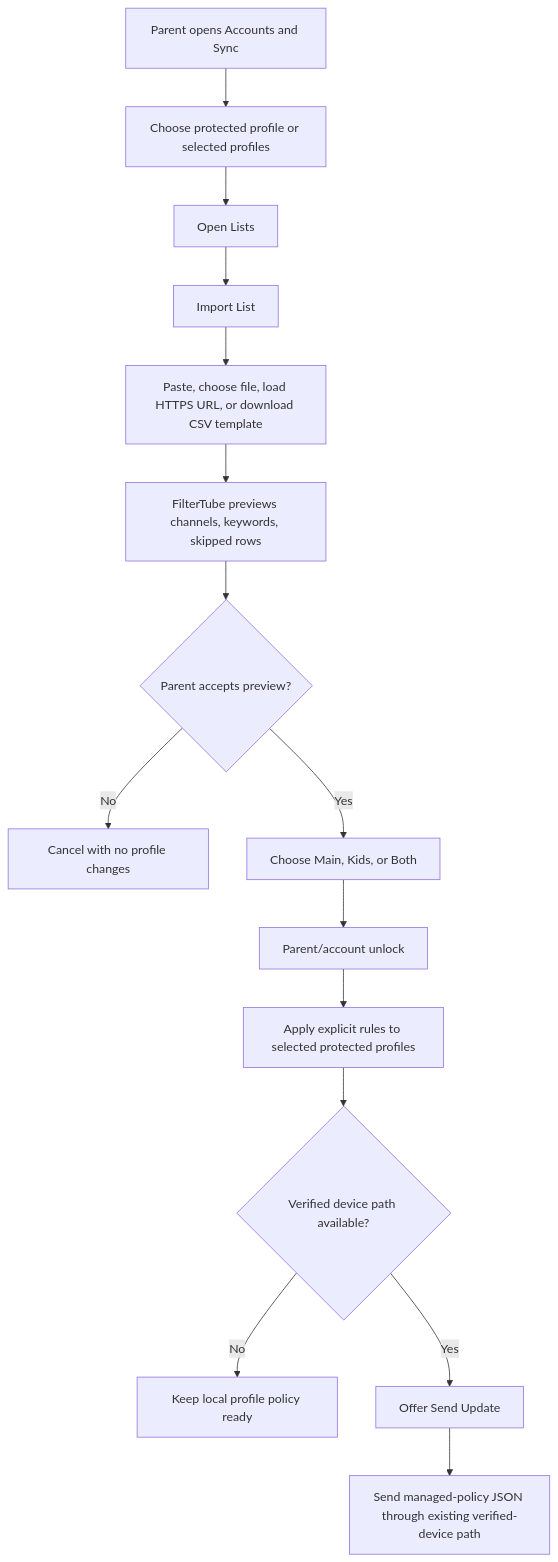
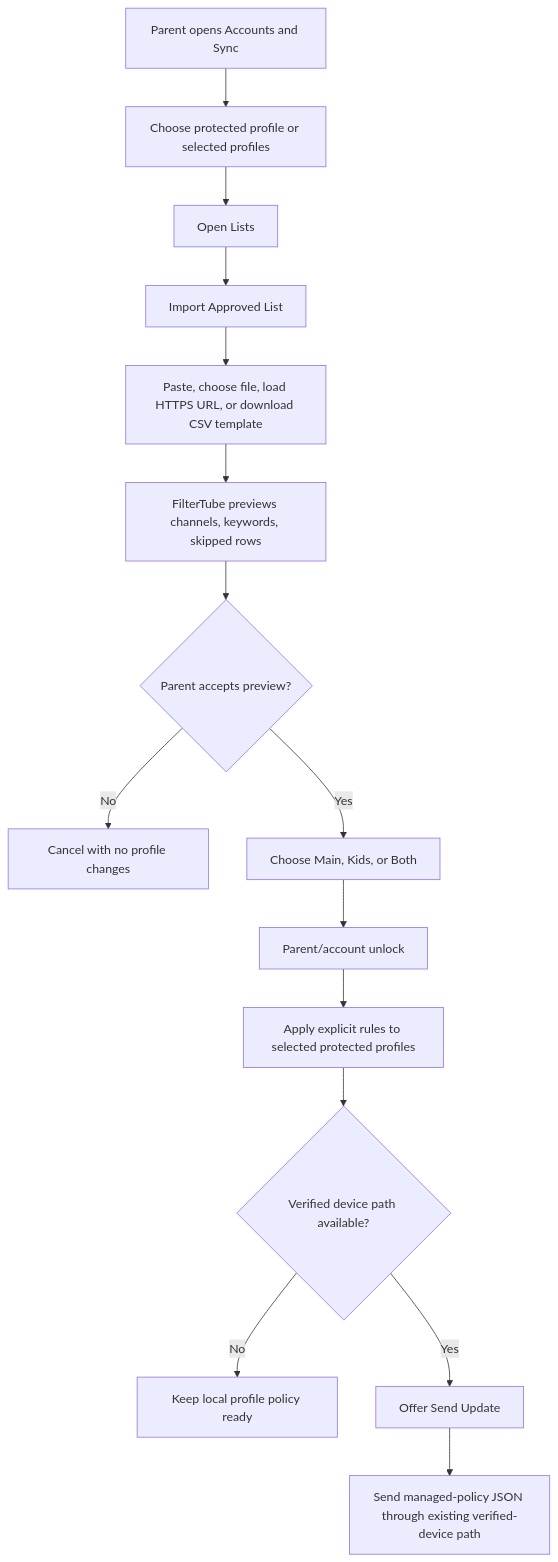
The first of 3 diagrams in docs/audit/FILTERTUBE_MANAGED_IMPORT_LIST_FORMAT_2026-06-18.md (varshneydevansh/FilterTube), drawn with Mermaid before and after one commit. The commit also changed other lines of this file and 4 other files, not shown here.

````diff
--- a/docs/audit/FILTERTUBE_MANAGED_IMPORT_LIST_FORMAT_2026-06-18.md
+++ b/docs/audit/FILTERTUBE_MANAGED_IMPORT_LIST_FORMAT_2026-06-18.md
@@ -185,17 +186,17 @@
 ```mermaid
 flowchart TD
     A["Parent opens Accounts and Sync"] --> B["Choose protected profile or selected profiles"]
     B --> C["Open Lists"]
-    C --> D["Import List"]
+    C --> D["Import Approved List"]
     D --> E["Paste, choose file, load HTTPS URL, or download CSV template"]
     E --> F["FilterTube previews channels, keywords, skipped rows"]
     F --> G{"Parent accepts preview?"}
     G -- "No" --> H["Cancel with no profile changes"]
     G -- "Yes" --> I["Choose Main, Kids, or Both"]
     I --> J["Parent/account unlock"]
     J --> K["Apply explicit rules to selected protected profiles"]
     K --> L{"Verified device path available?"}
     L -- "No" --> M["Keep local profile policy ready"]
     L -- "Yes" --> N["Offer Send Update"]
     N --> O["Send managed-policy JSON through existing verified-device path"]
 ```
````
